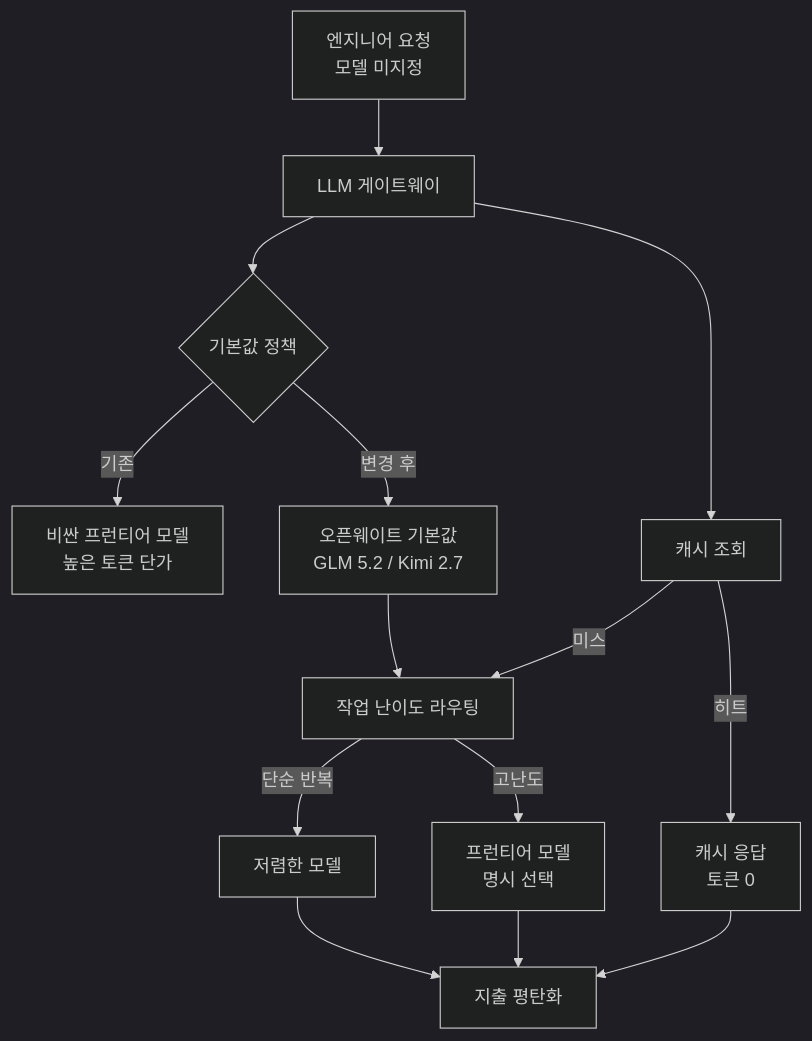
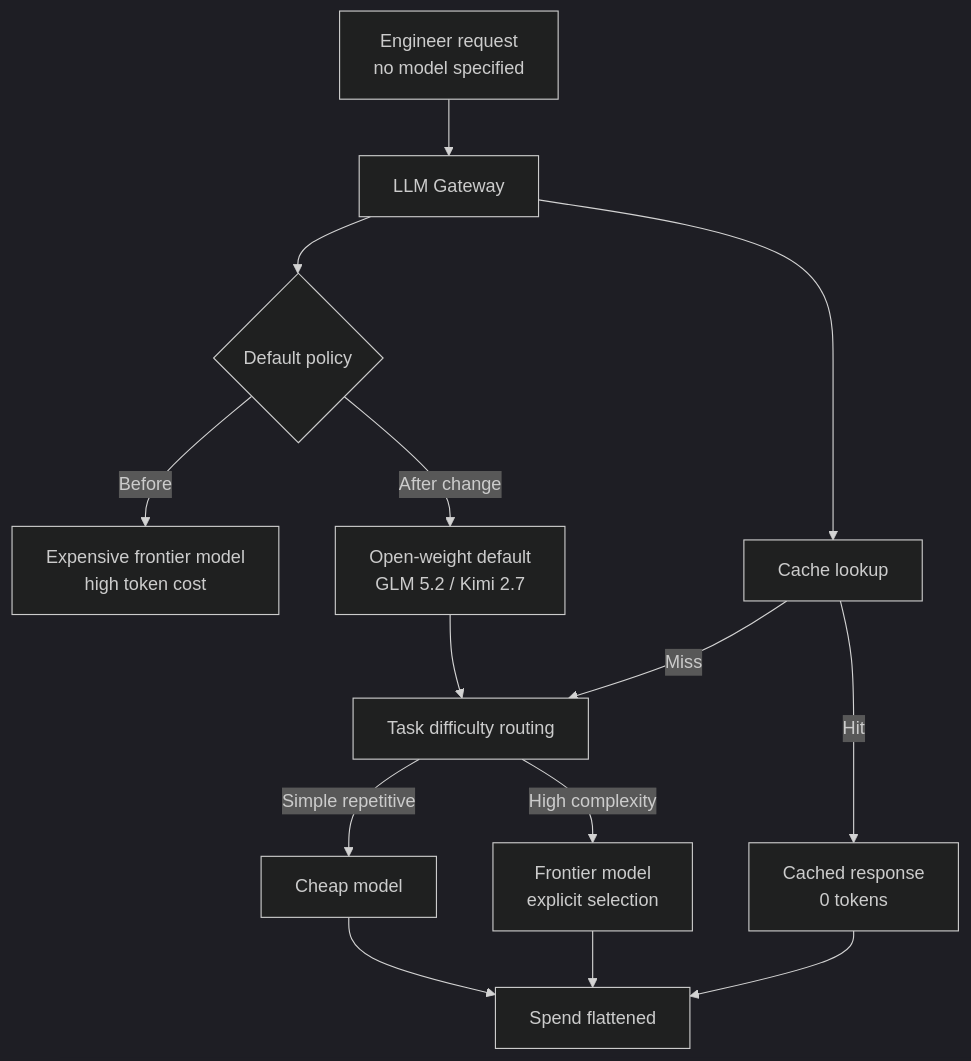
Before and after one commit to ThakiCloud/thakicloud.github.io: the diagram in _posts/en/llmops/2026-06-27-coinbase-flat-ai-spend-routing-caching-defaults.md, drawn with Mermaid (dark theme). The commit also changed 21 other files, not shown here.

First line of the commit message:
fix(blog): translate mermaid labels to post language (en/ar)

````diff
--- a/_posts/en/llmops/2026-06-27-coinbase-flat-ai-spend-routing-caching-defaults.md
+++ b/_posts/en/llmops/2026-06-27-coinbase-flat-ai-spend-routing-caching-defaults.md
@@ -40,16 +40,16 @@
 ```mermaid
 flowchart TB
-    A[엔지니어 요청<br/>모델 미지정] --> B[LLM 게이트웨이]
-    B --> C{기본값 정책}
-    C -->|기존| D[비싼 프런티어 모델<br/>높은 토큰 단가]
-    C -->|변경 후| E[오픈웨이트 기본값<br/>GLM 5.2 / Kimi 2.7]
-    E --> F[작업 난이도 라우팅]
-    F -->|단순 반복| G[저렴한 모델]
-    F -->|고난도| H[프런티어 모델<br/>명시 선택]
-    B --> I[캐시 조회]
-    I -->|히트| J[캐시 응답<br/>토큰 0]
-    I -->|미스| F
-    G --> K[지출 평탄화]
+    A[Engineer request<br/>no model specified] --> B[LLM Gateway]
+    B --> C{Default policy}
+    C -->|Before| D[Expensive frontier model<br/>high token cost]
+    C -->|After change| E[Open-weight default<br/>GLM 5.2 / Kimi 2.7]
+    E --> F[Task difficulty routing]
+    F -->|Simple repetitive| G[Cheap model]
+    F -->|High complexity| H[Frontier model<br/>explicit selection]
+    B --> I[Cache lookup]
+    I -->|Hit| J[Cached response<br/>0 tokens]
+    I -->|Miss| F
+    G --> K[Spend flattened]
     H --> K
     J --> K
 ```
````
